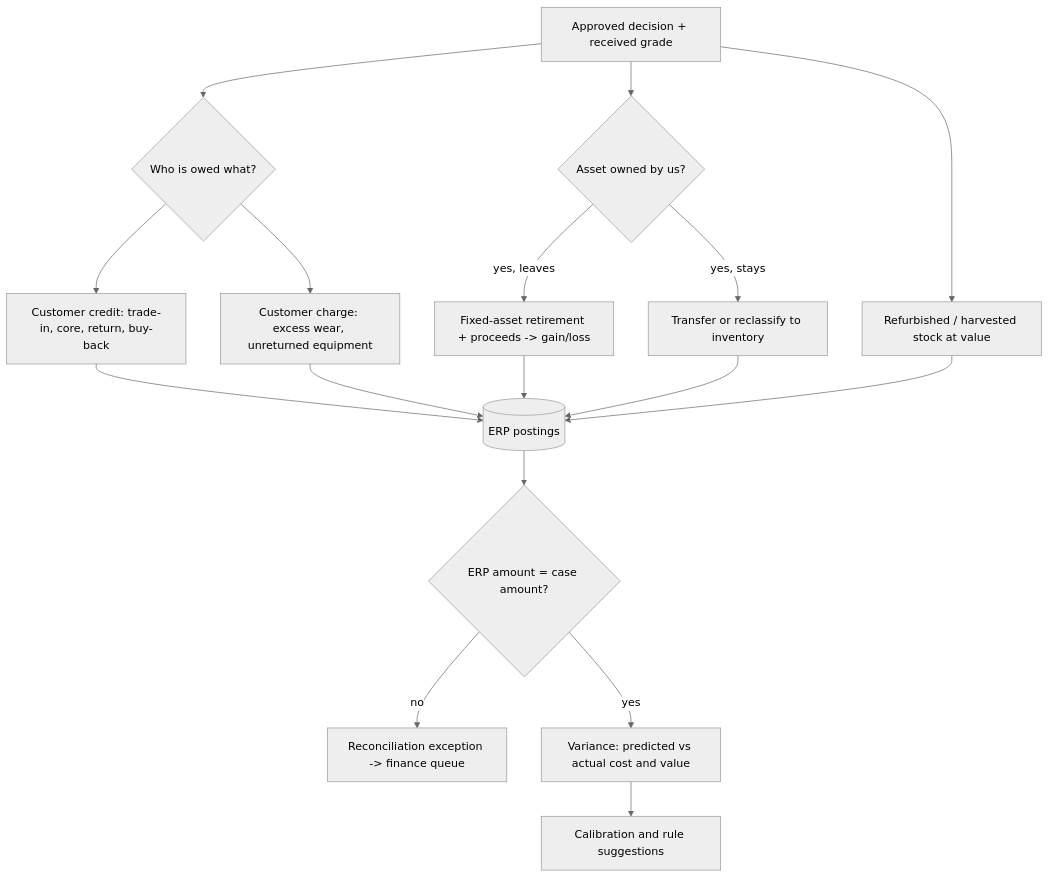
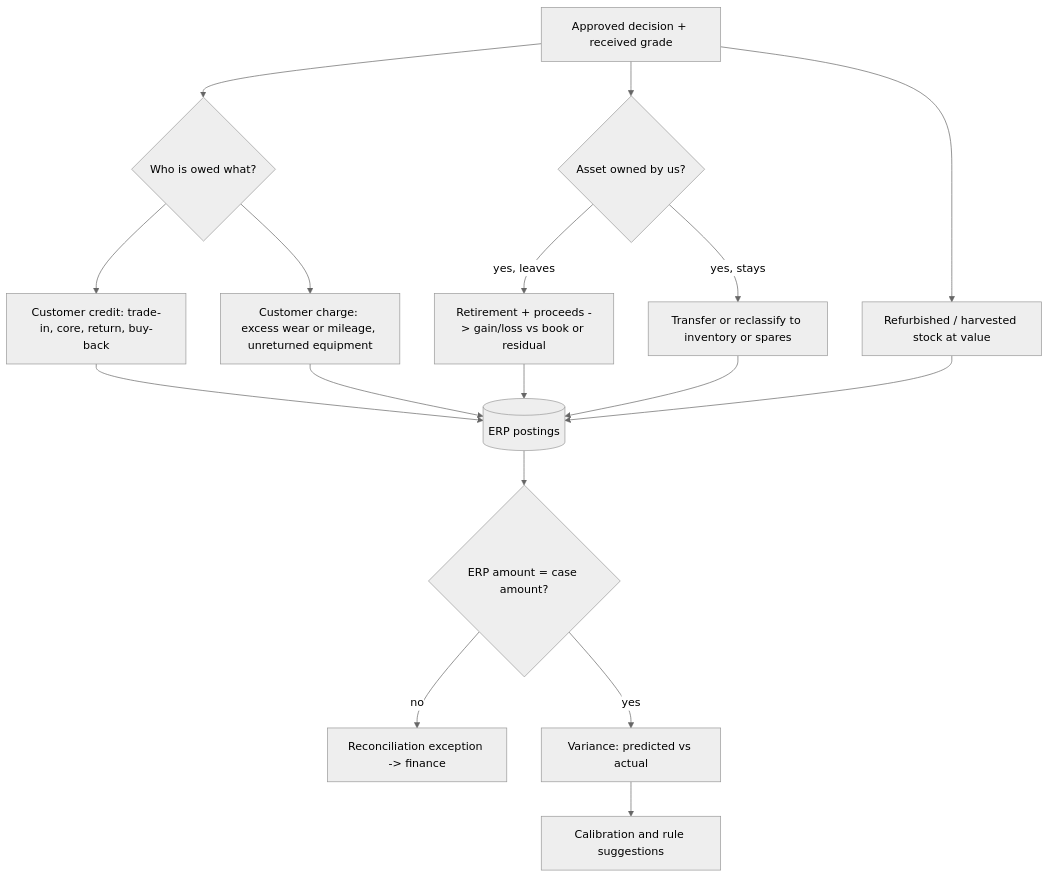
The third of 3 diagrams in docs/agents/research/2026-11-platform/B-industries-and-stories.md (ranilmukesh-artizent/Circularity-ui), drawn with Mermaid (neutral theme) before and after one commit. The commit also changed other lines of this file and 13 other files, not shown here.

````diff
--- a/docs/agents/research/2026-11-platform/B-industries-and-stories.md
+++ b/docs/agents/research/2026-11-platform/B-industries-and-stories.md
@@ -541,15 +916,15 @@
 ```mermaid
 flowchart TB
   D[Approved decision + received grade] --> C1{Who is owed what?}
   C1 --> CR[Customer credit: trade-in, core, return, buy-back]
-  C1 --> CH[Customer charge: excess wear, unreturned equipment]
+  C1 --> CH[Customer charge: excess wear or mileage, unreturned equipment]
   D --> FA{Asset owned by us?}
-  FA -- yes, leaves --> RT[Fixed-asset retirement + proceeds -> gain/loss]
-  FA -- yes, stays --> TR[Transfer or reclassify to inventory]
+  FA -- yes, leaves --> RT[Retirement + proceeds -> gain/loss vs book or residual]
+  FA -- yes, stays --> TR[Transfer or reclassify to inventory or spares]
   D --> INV[Refurbished / harvested stock at value]
   CR & CH & RT & TR & INV --> ERP[(ERP postings)]
   ERP --> M{ERP amount = case amount?}
-  M -- no --> X[Reconciliation exception -> finance queue]
-  M -- yes --> V[Variance: predicted vs actual cost and value]
+  M -- no --> X[Reconciliation exception -> finance]
+  M -- yes --> V[Variance: predicted vs actual]
   V --> L[Calibration and rule suggestions]
 ```
````
